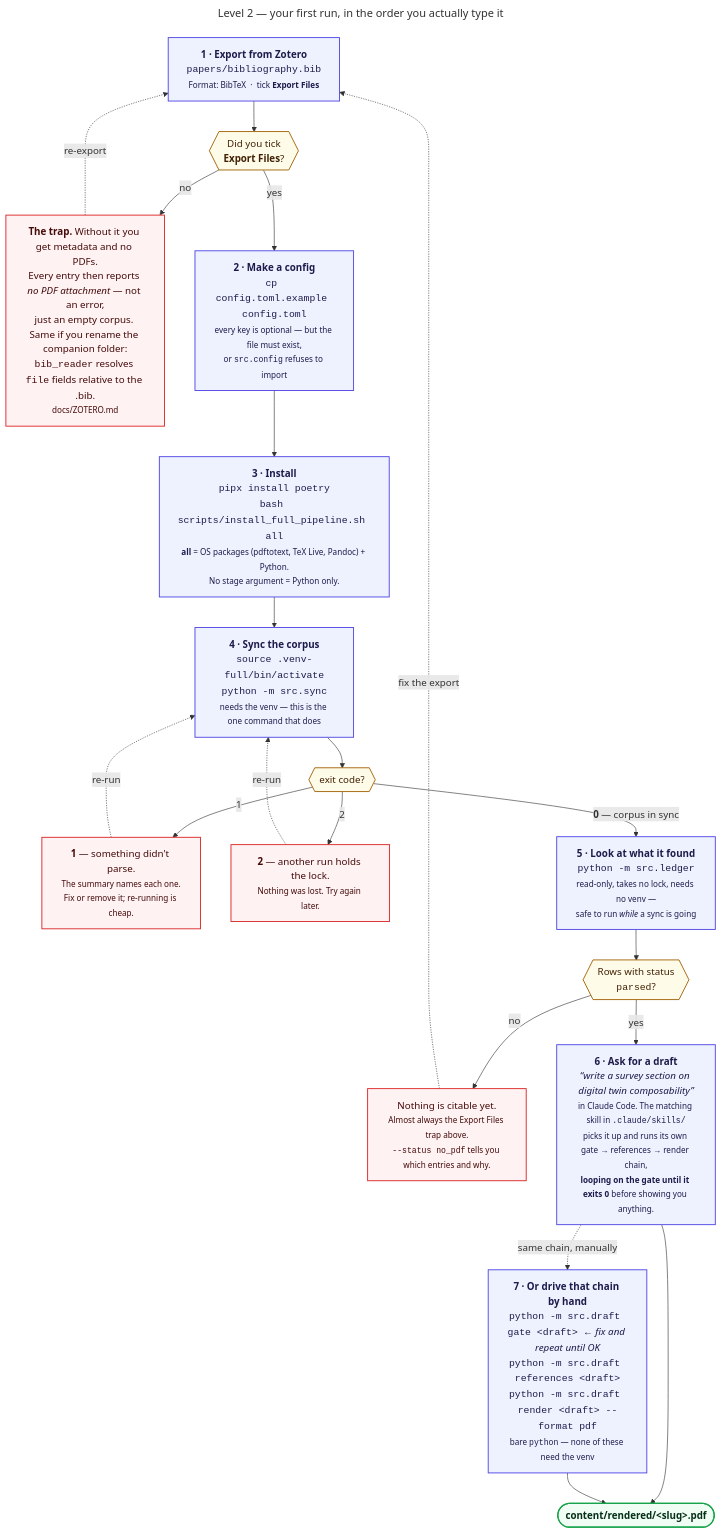
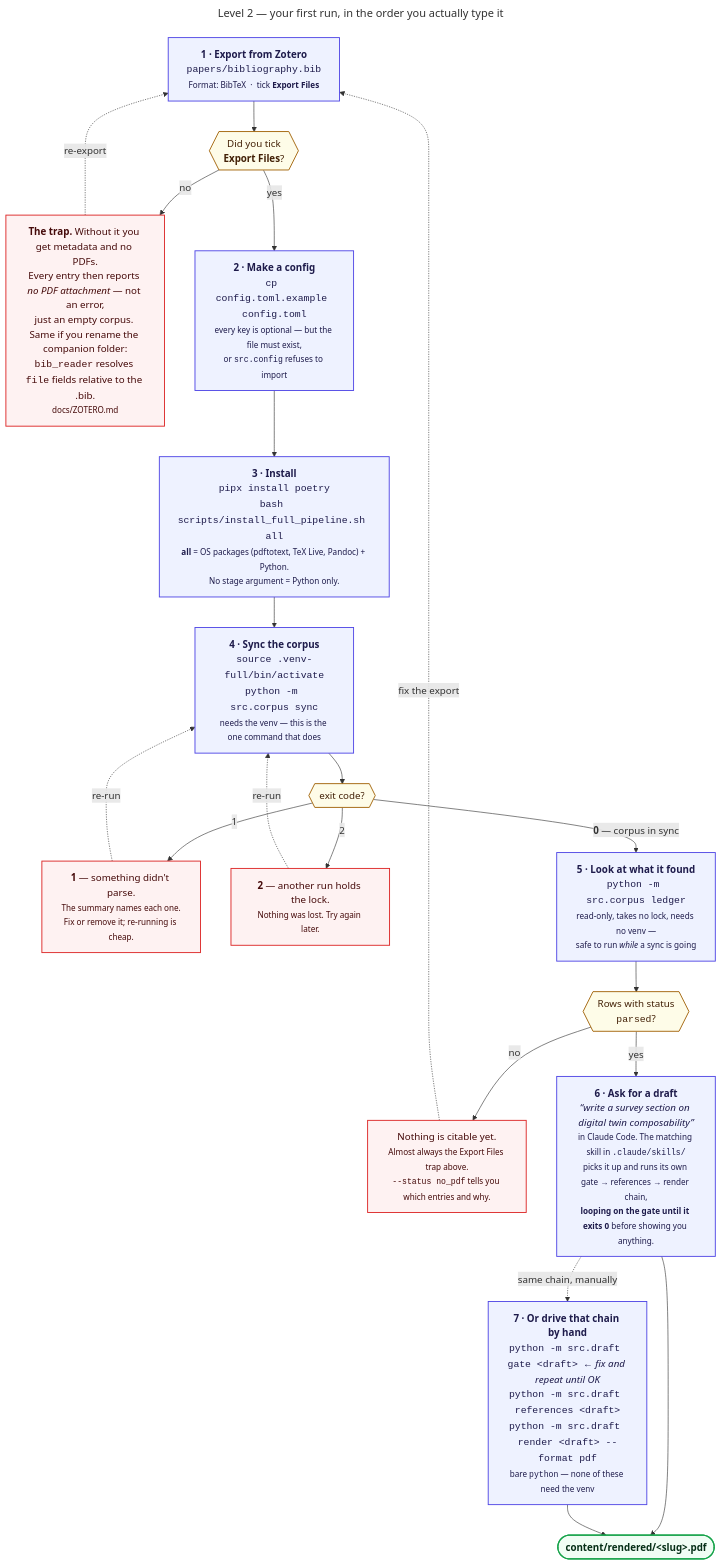
One commit to prasadtalasila/chitragupta changed the diagram in docs/diagrams/v2-first-run.mmd. Above: the diagram before and after it, drawn with Mermaid. The commit also changed 89 other files, not shown here.

```diff
--- a/docs/diagrams/v2-first-run.mmd
+++ b/docs/diagrams/v2-first-run.mmd
@@ -1,52 +1,52 @@
 ---
 title: "Level 2 — your first run, in the order you actually type it"
 ---
 flowchart TB
 
   A["<b>1 · Export from Zotero</b><br/><code>papers/bibliography.bib</code><br/><small>Format: BibTeX &nbsp;·&nbsp; tick <b>Export Files</b></small>"]
   A1{{"Did you tick<br/><b>Export Files</b>?"}}
   ATRAP["<b>The trap.</b> Without it you get metadata and no PDFs.<br/>Every entry then reports <i>no PDF attachment</i> — not an error,<br/>just an empty corpus. Same if you rename the companion folder:<br/><code>bib_reader</code> resolves <code>file</code> fields relative to the .bib.<br/><small>docs/ZOTERO.md</small>"]
 
   B["<b>2 · Make a config</b><br/><code>cp config.toml.example config.toml</code><br/><small>every key is optional — but the file must exist,<br/>or <code>src.config</code> refuses to import</small>"]
 
   C["<b>3 · Install</b><br/><code>pipx install poetry</code><br/><code>bash scripts/install_full_pipeline.sh all</code><br/><small><b>all</b> = OS packages (pdftotext, TeX Live, Pandoc) + Python.<br/>No stage argument = Python only.</small>"]
 
-  D["<b>4 · Sync the corpus</b><br/><code>source .venv-full/bin/activate</code><br/><code>python -m src.sync</code><br/><small>needs the venv — this is the one command that does</small>"]
+  D["<b>4 · Sync the corpus</b><br/><code>source .venv-full/bin/activate</code><br/><code>python -m src.corpus sync</code><br/><small>needs the venv — this is the one command that does</small>"]
   D1{{"exit code?"}}
   DFAIL["<b>1</b> — something didn't parse.<br/><small>The summary names each one.<br/>Fix or remove it; re-running is cheap.</small>"]
   DBUSY["<b>2</b> — another run holds the lock.<br/><small>Nothing was lost. Try again later.</small>"]
 
-  E["<b>5 · Look at what it found</b><br/><code>python -m src.ledger</code><br/><small>read-only, takes no lock, needs no venv —<br/>safe to run <i>while</i> a sync is going</small>"]
+  E["<b>5 · Look at what it found</b><br/><code>python -m src.corpus ledger</code><br/><small>read-only, takes no lock, needs no venv —<br/>safe to run <i>while</i> a sync is going</small>"]
   E1{{"Rows with status<br/><code>parsed</code>?"}}
   EEMPTY["Nothing is citable yet.<br/><small>Almost always the Export Files trap above.<br/><code>--status no_pdf</code> tells you which entries and why.</small>"]
 
   F["<b>6 · Ask for a draft</b><br/><i>“write a survey section on digital twin composability”</i><br/><small>in Claude Code. The matching skill in <code>.claude/skills/</code><br/>picks it up and runs its own gate → references → render chain,<br/><b>looping on the gate until it exits 0</b> before showing you anything.</small>"]
 
   G["<b>7 · Or drive that chain by hand</b><br/><code>python -m src.draft gate &lt;draft&gt;</code> &nbsp;<i>← fix and repeat until OK</i><br/><code>python -m src.draft references &lt;draft&gt;</code><br/><code>python -m src.draft render &lt;draft&gt; --format pdf</code><br/><small>bare <code>python</code> — none of these need the venv</small>"]
 
   DONE(["<b>content/rendered/&lt;slug&gt;.pdf</b>"])
 
   A --> A1
   A1 -- no --> ATRAP
   ATRAP -. "re-export" .-> A
   A1 -- yes --> B --> C --> D --> D1
   D1 -- "1" --> DFAIL
   D1 -- "2" --> DBUSY
   DBUSY -. "re-run" .-> D
   DFAIL -. "re-run" .-> D
   D1 -- "<b>0</b> — corpus in sync" --> E --> E1
   E1 -- no --> EEMPTY
   EEMPTY -. "fix the export" .-> A
   E1 -- yes --> F --> DONE
   F -. "same chain, manually" .-> G
   G --> DONE
 
   classDef step fill:#eef2ff,stroke:#4f46e5,stroke-width:1.5px,color:#1e1b4b
   classDef check fill:#fefce8,stroke:#a16207,stroke-width:1.5px,color:#422006
   classDef trap fill:#fef2f2,stroke:#dc2626,stroke-width:1.5px,color:#450a0a
   classDef done fill:#f0fdf4,stroke:#16a34a,stroke-width:2px,color:#052e16
 
   class A,B,C,D,E,F,G step
   class A1,D1,E1 check
   class ATRAP,EEMPTY,DFAIL,DBUSY trap
   class DONE done
```
